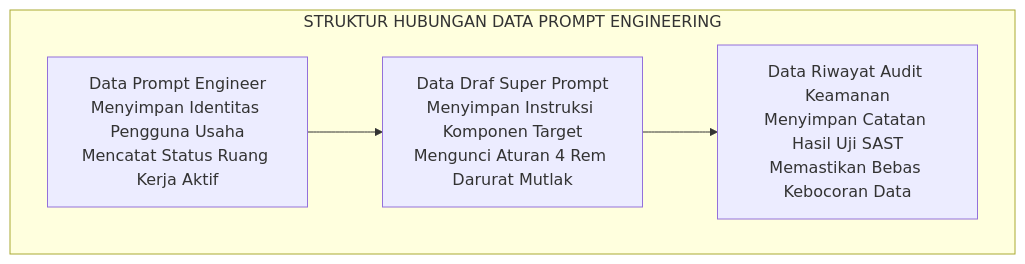
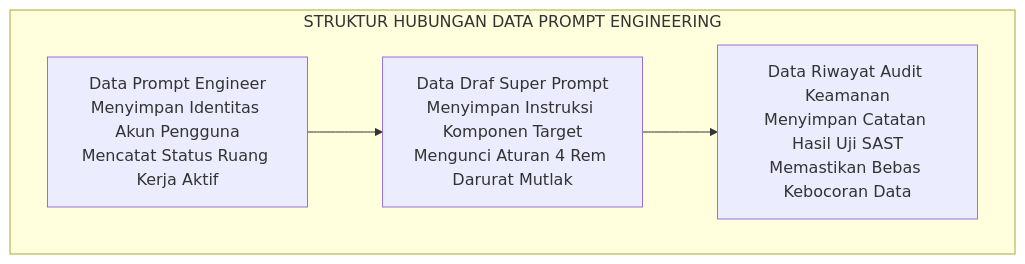
One commit to JoeAryadharma/saas-branching-blueprint changed the sixth of 7 diagrams in README.md. Above: the diagram before and after it, drawn with Mermaid. The commit also changed other lines of this file, not shown here.

Commit message:
[STILISTIK] Menyempurnakan diksi 'Usaha' menjadi 'Akun Pengguna' [v10.7.0]

````diff
--- a/README.md
+++ b/README.md
@@ -144,14 +144,14 @@
 ```mermaid
 flowchart TD
     classDef default text-align:center;
     subgraph DATA["STRUKTUR HUBUNGAN DATA PROMPT ENGINEERING"]
-        PENGGUNA["Data Prompt Engineer\nMenyimpan Identitas Pengguna Usaha\nMencatat Status Ruang Kerja Aktif"]
+        PENGGUNA["Data Prompt Engineer\nMenyimpan Identitas Akun Pengguna\nMencatat Status Ruang Kerja Aktif"]
         
         PROMPT["Data Draf Super Prompt\nMenyimpan Instruksi Komponen Target\nMengunci Aturan 4 Rem Darurat Mutlak"]
         
         AUDIT["Data Riwayat Audit Keamanan\nMenyimpan Catatan Hasil Uji SAST\nMemastikan Bebas Kebocoran Data"]
     end
 
     PENGGUNA --> PROMPT
     PROMPT --> AUDIT
 ```
````
